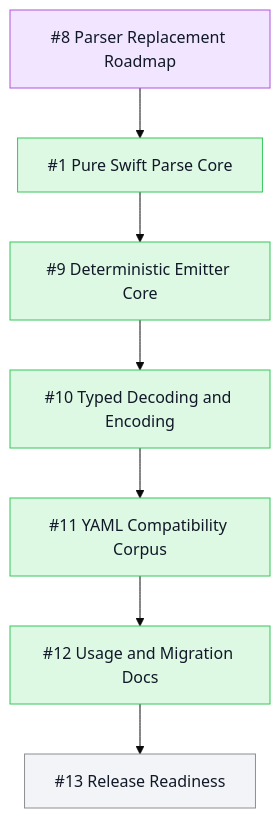
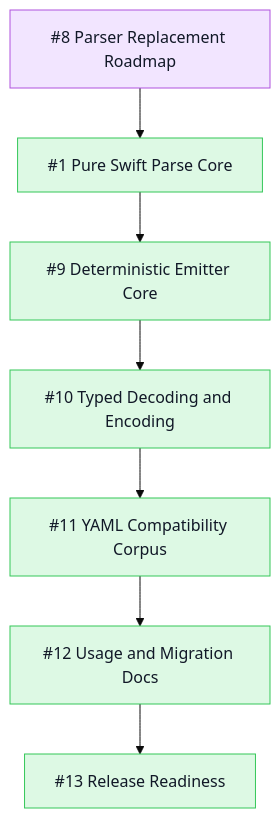
One commit to mihaelamj/PureYAML changed the second of 2 diagrams in README.md. Above: the diagram before and after it, drawn with Mermaid (base theme). The commit also changed other lines of this file, not shown here.

Commit message:
docs(readme): mark release readiness complete

````diff
--- a/README.md
+++ b/README.md
@@ -41,20 +41,20 @@
 ```mermaid
 flowchart TB
   classDef done fill:#ddf9e4,stroke:#34c759,color:#111827
   classDef review fill:#fff7d6,stroke:#ffcc00,color:#111827
   classDef epic fill:#f2e5ff,stroke:#af52de,color:#111827
   classDef todo fill:#f2f4f7,stroke:#8e8e93,color:#111827
   SuperEpic8["#8 Parser Replacement Roadmap"]:::epic
   Epic1["#1 Pure Swift Parse Core"]:::done
   Epic9["#9 Deterministic Emitter Core"]:::done
   Epic10["#10 Typed Decoding and Encoding"]:::done
   Epic11["#11 YAML Compatibility Corpus"]:::done
   Epic12["#12 Usage and Migration Docs"]:::done
-  Epic13["#13 Release Readiness"]:::todo
+  Epic13["#13 Release Readiness"]:::done
   SuperEpic8 --> Epic1
   Epic1 --> Epic9
   Epic9 --> Epic10
   Epic10 --> Epic11
   Epic11 --> Epic12
   Epic12 --> Epic13
 ```
````
